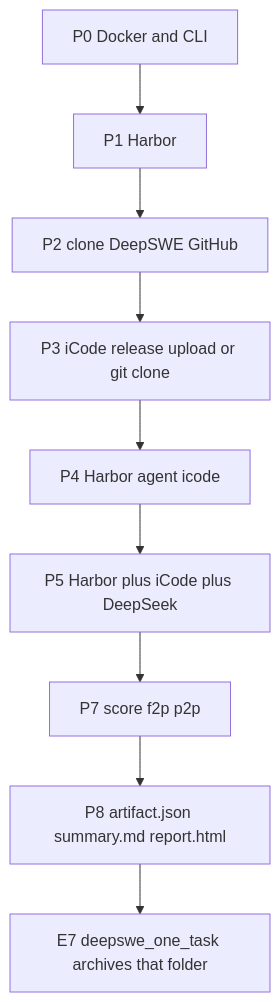
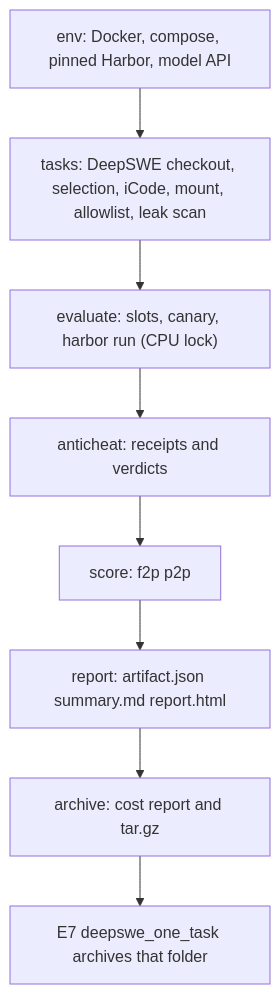
The second of 2 diagrams in docs/testing/cloud-eval-runbook.md (Toby-Yu/mac-k3d), drawn with Mermaid before and after one commit. The commit also changed other lines of this file and 126 other files, not shown here.

````diff
--- a/docs/testing/cloud-eval-runbook.md
+++ b/docs/testing/cloud-eval-runbook.md
@@ -54,17 +54,14 @@
 ```mermaid
 flowchart TD
-  p0["P0 Docker and CLI"]
-  p1["P1 Harbor"]
-  p2["P2 clone DeepSWE GitHub"]
-  p3["P3 iCode release upload or git clone"]
-  p4["P4 Harbor agent icode"]
-  p5["P5 Harbor plus iCode plus DeepSeek"]
-  p7["P7 score f2p p2p"]
-  p8["P8 artifact.json summary.md report.html"]
+  env["env: Docker, compose, pinned Harbor, model API"]
+  tasks["tasks: DeepSWE checkout, selection, iCode, mount, allowlist, leak scan"]
+  evaluate["evaluate: slots, canary, harbor run (CPU lock)"]
+  anticheat["anticheat: receipts and verdicts"]
+  score["score: f2p p2p"]
+  report["report: artifact.json summary.md report.html"]
+  archive["archive: cost report and tar.gz"]
   jenkins["E7 deepswe_one_task archives that folder"]
 
-  p0 --> p1 --> p2 --> p3 --> p4
-  p4 --> p5
-  p5 --> p7
-  p7 --> p8 --> jenkins
+  env --> tasks --> evaluate --> anticheat
+  anticheat --> score --> report --> archive --> jenkins
 ```
````
